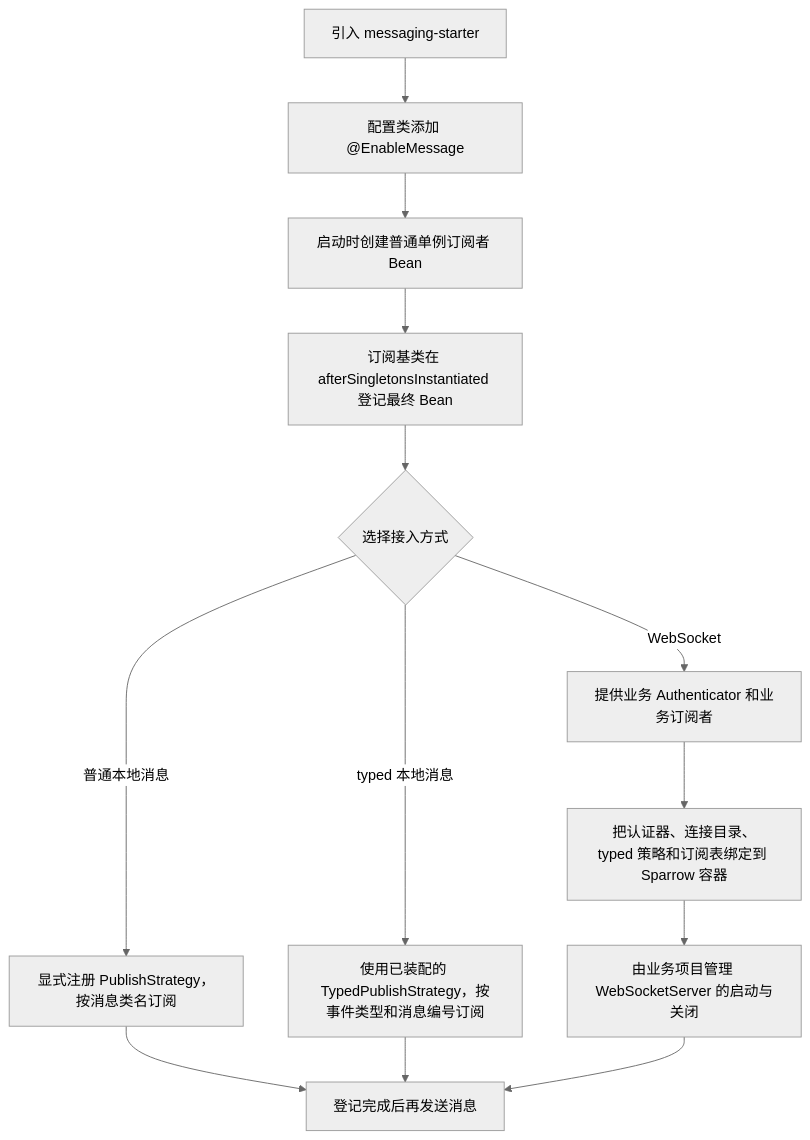
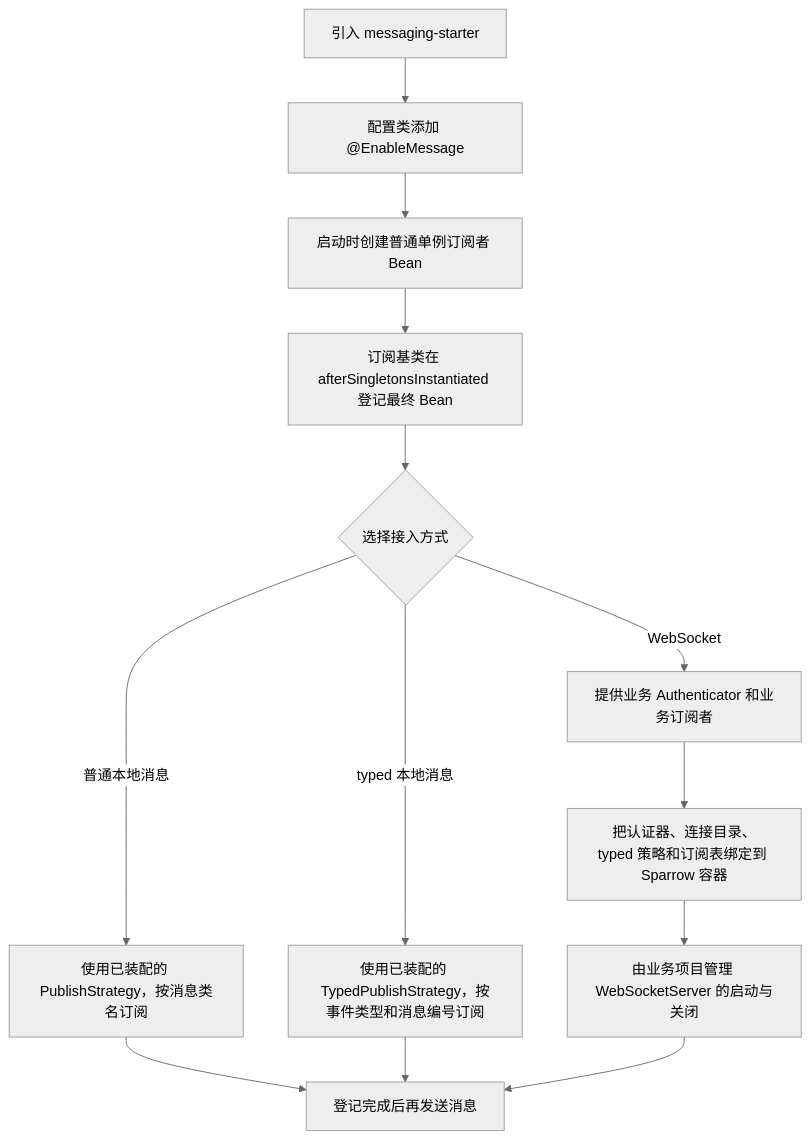
Before and after one commit to sparrowzoo/sparrow-messaging-gateway: the second of 5 diagrams in README.md, drawn with Mermaid (neutral theme). The commit also changed other lines of this file and 51 other files, not shown here.

````diff
--- a/README.md
+++ b/README.md
@@ -128,15 +121,15 @@
 ```mermaid
 flowchart TD
     Dependency["引入 messaging-starter"] --> Enable["配置类添加 @EnableMessage"]
     Enable --> Beans["启动时创建普通单例订阅者 Bean"]
     Beans --> Register["订阅基类在 afterSingletonsInstantiated 登记最终 Bean"]
     Register --> Choice{"选择接入方式"}
-    Choice -->|"普通本地消息"| Plain["显式注册 PublishStrategy，按消息类名订阅"]
+    Choice -->|"普通本地消息"| Plain["使用已装配的 PublishStrategy，按消息类名订阅"]
     Choice -->|"typed 本地消息"| Typed["使用已装配的 TypedPublishStrategy，按事件类型和消息编号订阅"]
     Choice -->|"WebSocket"| AuthBean["提供业务 Authenticator 和业务订阅者"]
     AuthBean --> Bridge["把认证器、连接目录、typed 策略和订阅表绑定到 Sparrow 容器"]
     Bridge --> Server["由业务项目管理 WebSocketServer 的启动与关闭"]
     Plain --> Ready["登记完成后再发送消息"]
     Typed --> Ready
     Server --> Ready
 ```
````
